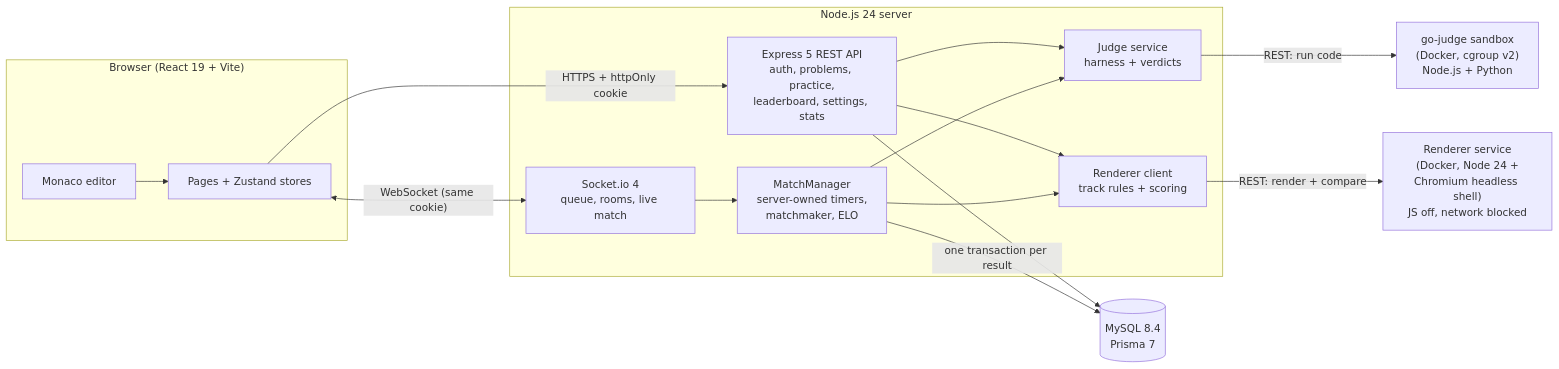
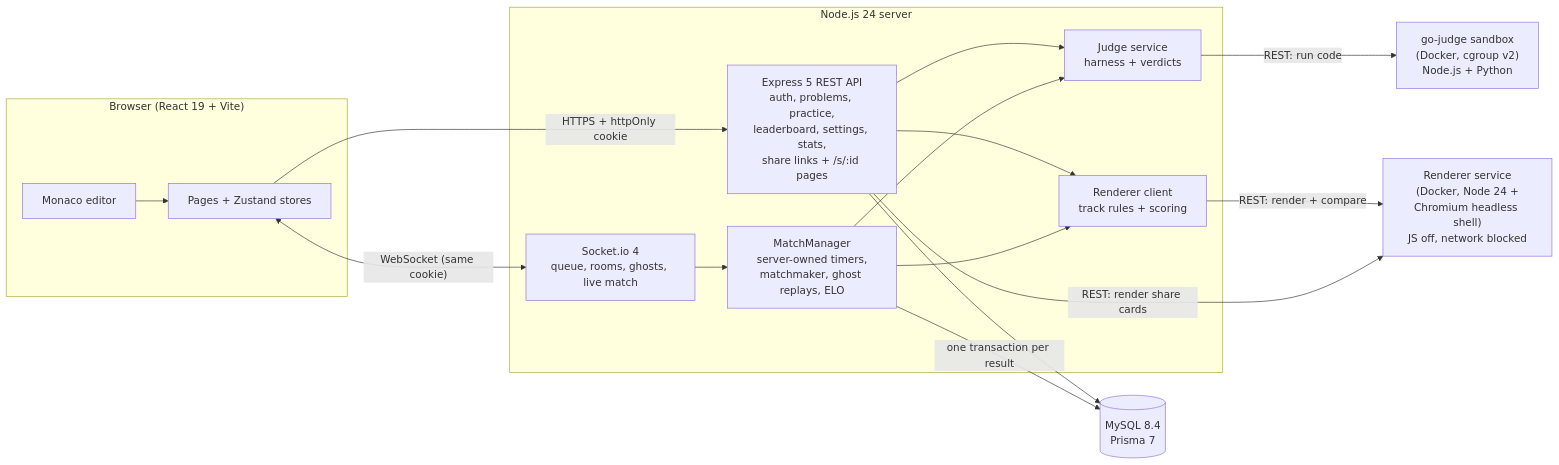
One commit to ElFarisssaid19/code-duel changed the diagram in README.md. Above: the diagram before and after it, drawn with Mermaid. The commit also changed other lines of this file and 96 other files, not shown here.

Commit message:
feat(settings): ghost replay notice on register and one-time home banner

````diff
--- a/README.md
+++ b/README.md
@@ -87,32 +110,33 @@
 ```mermaid
 flowchart LR
   subgraph Browser["Browser (React 19 + Vite)"]
     UI["Pages + Zustand stores"]
     ED["Monaco editor"]
   end
 
   subgraph Server["Node.js 24 server"]
-    API["Express 5 REST API<br/>auth, problems, practice,<br/>leaderboard, settings, stats"]
-    WS["Socket.io 4<br/>queue, rooms, live match"]
-    MM["MatchManager<br/>server-owned timers,<br/>matchmaker, ELO"]
+    API["Express 5 REST API<br/>auth, problems, practice,<br/>leaderboard, settings, stats,<br/>share links + /s/:id pages"]
+    WS["Socket.io 4<br/>queue, rooms, ghosts, live match"]
+    MM["MatchManager<br/>server-owned timers,<br/>matchmaker, ghost replays, ELO"]
     JG["Judge service<br/>harness + verdicts"]
     RS["Renderer client<br/>track rules + scoring"]
   end
 
   DB[("MySQL 8.4<br/>Prisma 7")]
   SB["go-judge sandbox<br/>(Docker, cgroup v2)<br/>Node.js + Python"]
   RD["Renderer service<br/>(Docker, Node 24 +<br/>Chromium headless shell)<br/>JS off, network blocked"]
 
   UI -- "HTTPS + httpOnly cookie" --> API
   UI <-- "WebSocket (same cookie)" --> WS
   ED --> UI
   WS --> MM
   API --> JG
   MM --> JG
   JG -- "REST: run code" --> SB
   API --> RS
   MM --> RS
   RS -- "REST: render + compare" --> RD
+  API -- "REST: render share cards" --> RD
   API --> DB
   MM -- "one transaction per result" --> DB
 ```
````
